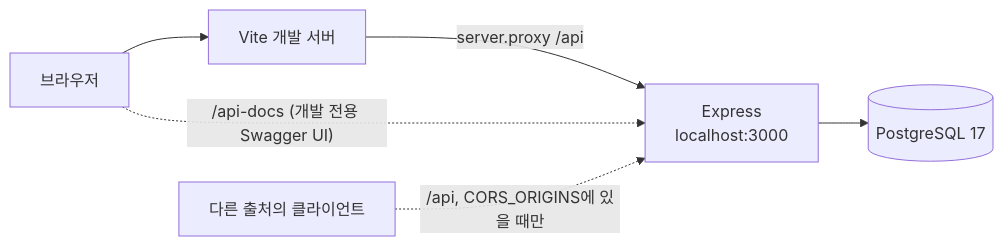
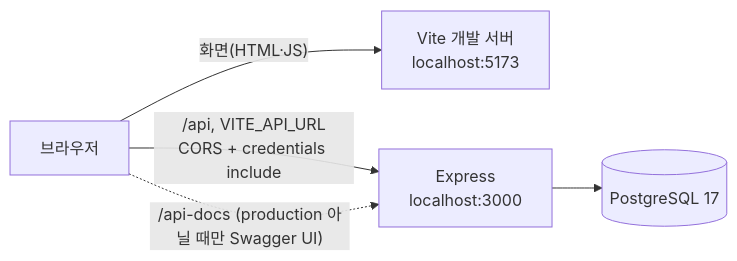
The second of 7 diagrams in docs/6-arch-diagram.md (uokevin-hash/cal-todo), drawn with Mermaid before and after one commit. The commit also changed other lines of this file and 12 other files, not shown here.

````diff
--- a/docs/6-arch-diagram.md
+++ b/docs/6-arch-diagram.md
@@ -72,8 +74,7 @@
 ```mermaid
 flowchart LR
-    B["브라우저"] --> V["Vite 개발 서버"]
-    V -->|"server.proxy /api"| E["Express<br/>localhost:3000"]
-    B -.->|"/api-docs (개발 전용 Swagger UI)"| E
-    O["다른 출처의 클라이언트"] -.->|"/api, CORS_ORIGINS에 있을 때만"| E
+    B["브라우저"] -->|"화면(HTML·JS)"| V["Vite 개발 서버<br/>localhost:5173"]
+    B -->|"/api, VITE_API_URL<br/>CORS + credentials include"| E["Express<br/>localhost:3000"]
+    B -.->|"/api-docs (production 아닐 때만 Swagger UI)"| E
     E --> P[("PostgreSQL 17")]
 ```
````
